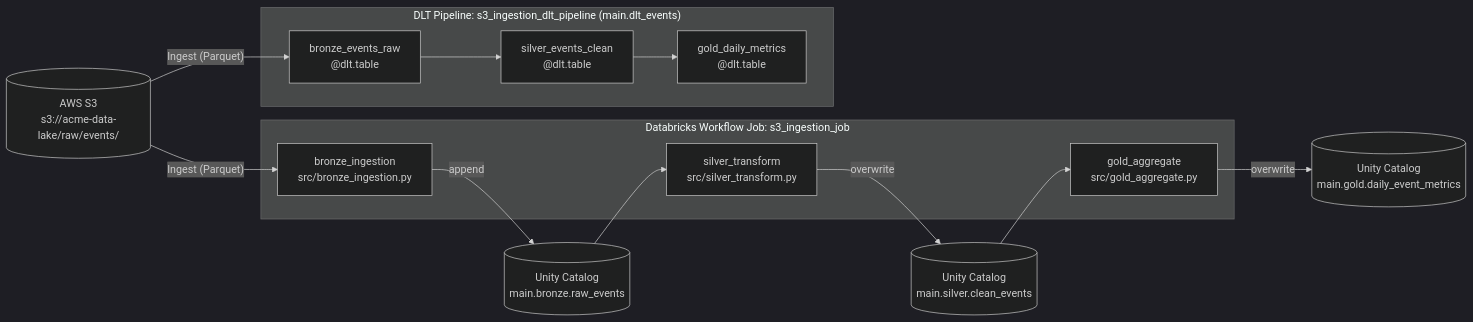
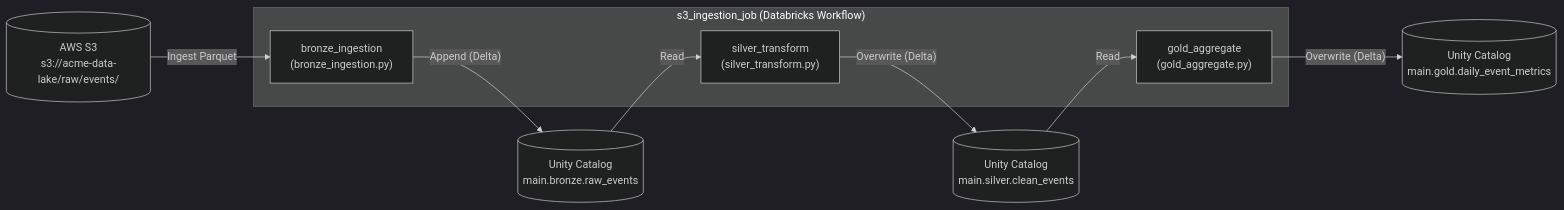
The first of 2 diagrams in ai_docs/s3_ingestion_pipeline/README.md (Gasperino11/databricks_bundle_ai_docs_testing), drawn with Mermaid (dark theme) before and after one commit. The commit also changed other lines of this file, not shown here.

First line of the commit message:
docs: add comprehensive README for s3_ingestion_pipeline DAB

````diff
--- a/ai_docs/s3_ingestion_pipeline/README.md
+++ b/ai_docs/s3_ingestion_pipeline/README.md
@@ -41,39 +41,23 @@
 ```mermaid
 graph LR
     S3[("AWS S3\ns3://acme-data-lake/raw/events/")]
-
-    T0["bronze_ingestion\nsrc/bronze_ingestion.py"]
-    T1["silver_transform\nsrc/silver_transform.py"]
-    T2["gold_aggregate\nsrc/gold_aggregate.py"]
-
+    T0["bronze_ingestion\n(bronze_ingestion.py)"]
+    T1["silver_transform\n(silver_transform.py)"]
+    T2["gold_aggregate\n(gold_aggregate.py)"]
     BRONZE[("Unity Catalog\nmain.bronze.raw_events")]
     SILVER[("Unity Catalog\nmain.silver.clean_events")]
     GOLD[("Unity Catalog\nmain.gold.daily_event_metrics")]
 
-    S3 -->|"Ingest (Parquet)"| T0
-    T0 -->|"append"| BRONZE
-    BRONZE --> T1
-    T1 -->|"overwrite"| SILVER
-    SILVER --> T2
-    T2 -->|"overwrite"| GOLD
+    S3 -->|"Ingest Parquet"| T0
+    T0 -->|"Append (Delta)"| BRONZE
+    BRONZE -->|"Read"| T1
+    T1 -->|"Overwrite (Delta)"| SILVER
+    SILVER -->|"Read"| T2
+    T2 -->|"Overwrite (Delta)"| GOLD
 
-    subgraph "Databricks Workflow Job: s3_ingestion_job"
+    subgraph "s3_ingestion_job (Databricks Workflow)"
         T0
         T1
         T2
     end
-
-    DLT_B["bronze_events_raw\n@dlt.table"]
-    DLT_S["silver_events_clean\n@dlt.table"]
-    DLT_G["gold_daily_metrics\n@dlt.table"]
-
-    S3 -->|"Ingest (Parquet)"| DLT_B
-    DLT_B --> DLT_S
-    DLT_S --> DLT_G
-
-    subgraph "DLT Pipeline: s3_ingestion_dlt_pipeline (main.dlt_events)"
-        DLT_B
-        DLT_S
-        DLT_G
-    end
 ```
````
